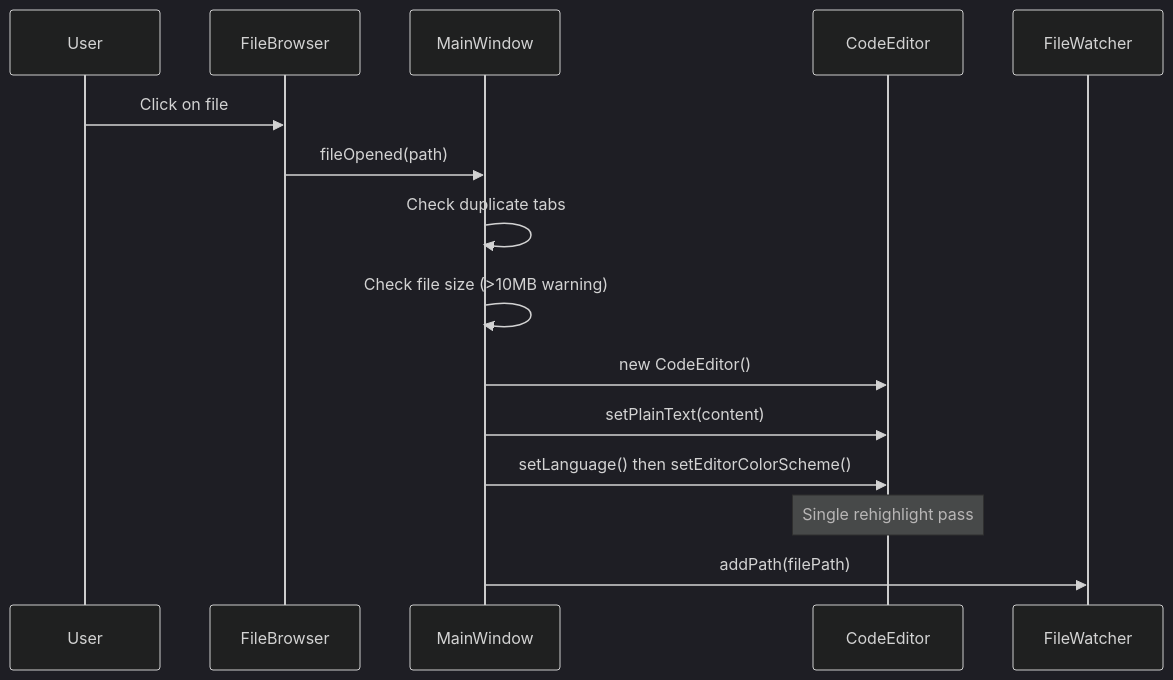
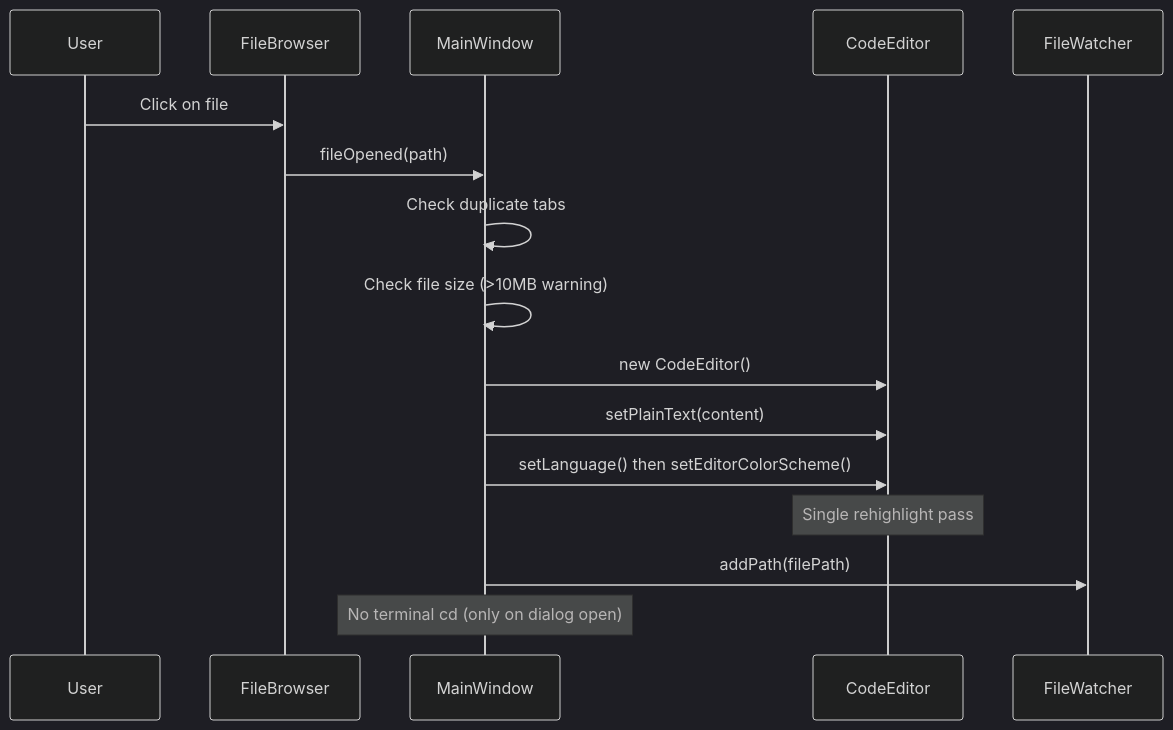
One commit to dkrse/vibe-coder changed diagram 15 of 21 in docs/diagrams.md. Above: the diagram before and after it, drawn with Mermaid (dark theme). The commit also changed other lines of this file and 7 other files, not shown here.

````diff
--- a/docs/diagrams.md
+++ b/docs/diagrams.md
@@ -577,18 +601,19 @@
 ```mermaid
 sequenceDiagram
     participant User
     participant FileBrowser
     participant MainWindow
     participant CodeEditor
     participant FileWatcher
 
     User->>FileBrowser: Click on file
     FileBrowser->>MainWindow: fileOpened(path)
     MainWindow->>MainWindow: Check duplicate tabs
     MainWindow->>MainWindow: Check file size (>10MB warning)
     MainWindow->>CodeEditor: new CodeEditor()
     MainWindow->>CodeEditor: setPlainText(content)
     MainWindow->>CodeEditor: setLanguage() then setEditorColorScheme()
     Note over CodeEditor: Single rehighlight pass
     MainWindow->>FileWatcher: addPath(filePath)
+    Note over MainWindow: No terminal cd (only on dialog open)
 ```
````
